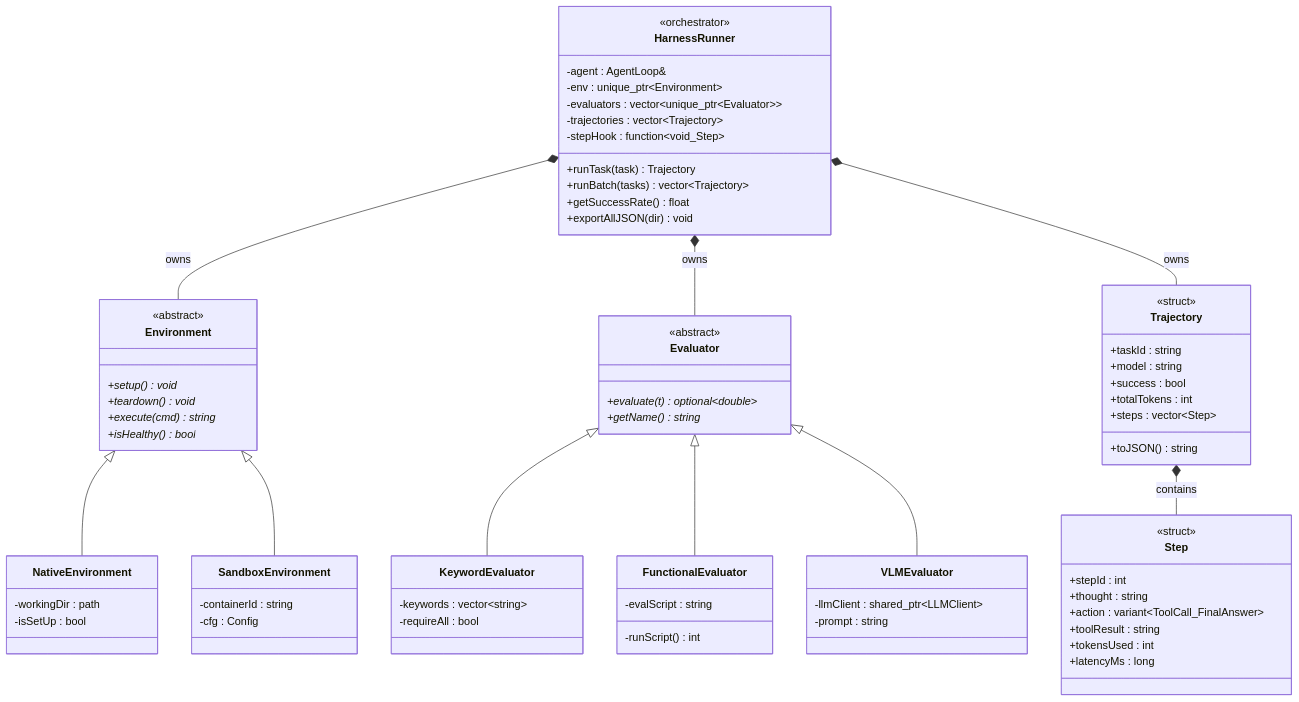
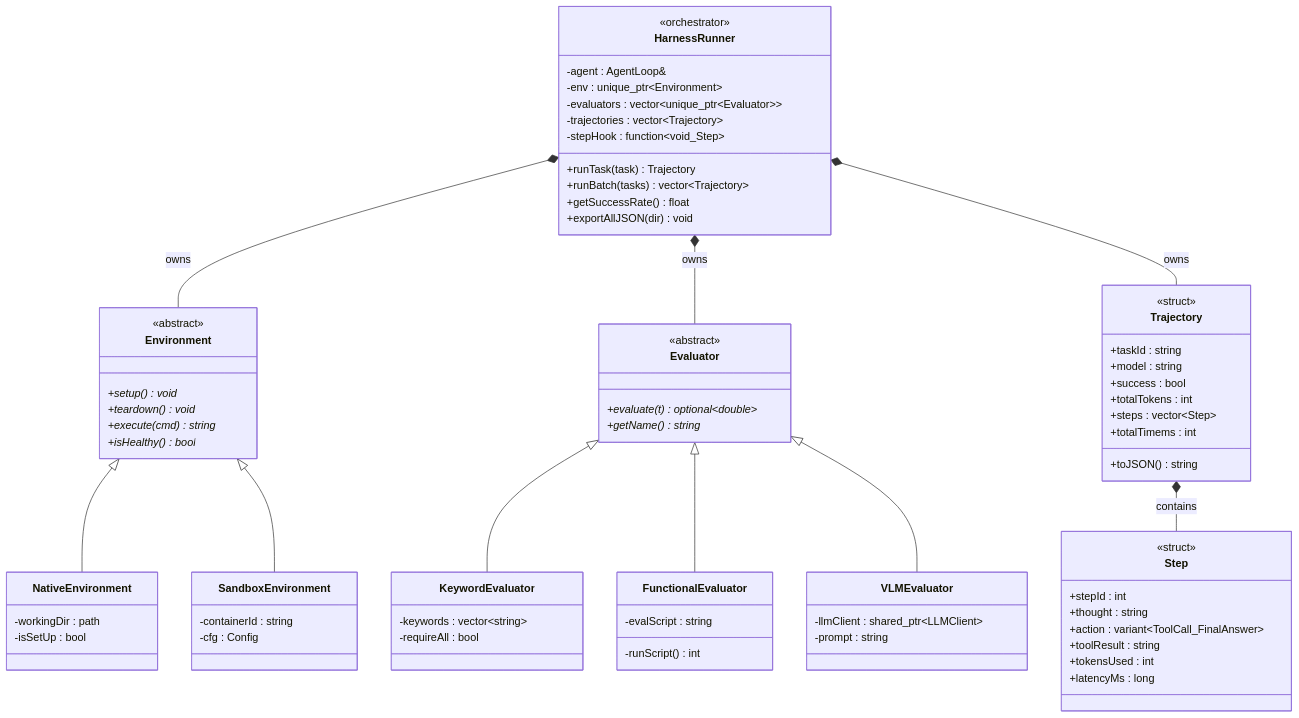
One commit to Zoto1/AI_Agent-OOP_prj changed the diagram in Classdiagram_benchmark.md. Above: the diagram before and after it, drawn with Mermaid. The commit also changed 147 other files, not shown here.

```diff
--- a/Classdiagram_benchmark.md
+++ b/Classdiagram_benchmark.md
@@ -58,6 +58,7 @@
         +success : bool
         +totalTokens : int
         +steps : vector~Step~
+        +totalTimems : int
         +toJSON() string
     }
 
```
